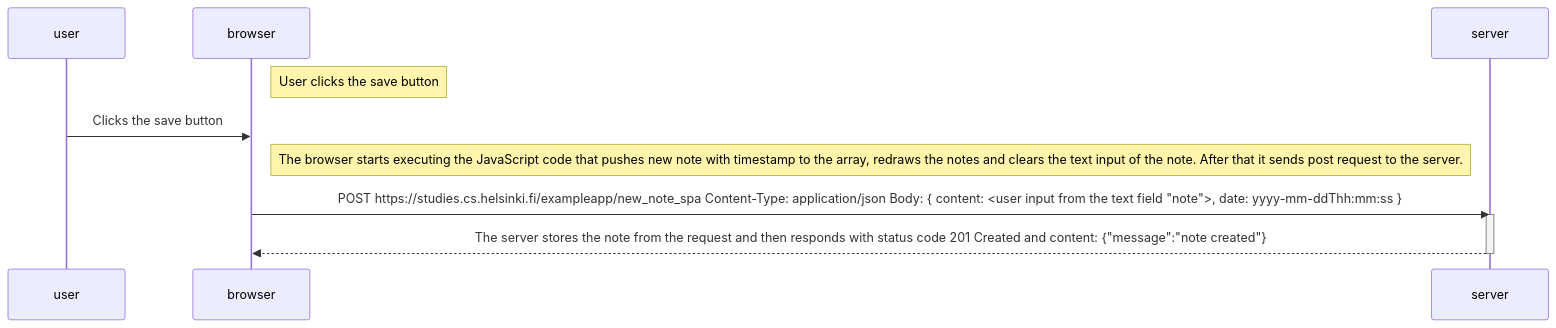
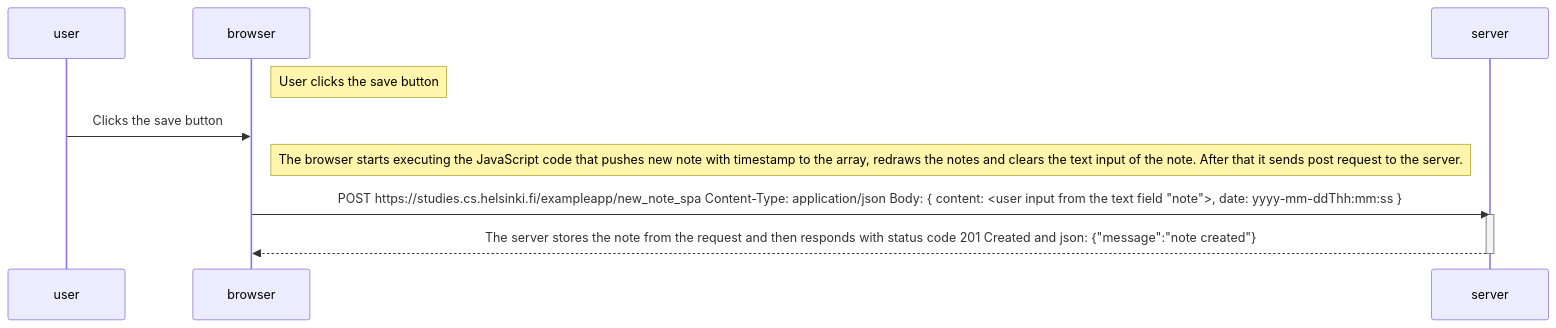
The third of 3 diagrams in part0/README.md (JuhKukko/fullstack-helsinki-university), drawn with Mermaid before and after one commit.

````diff
--- a/part0/README.md
+++ b/part0/README.md
@@ -74,17 +74,17 @@
 ```mermaid
 sequenceDiagram
     participant user
     participant browser
     participant server
 
     Note right of browser: User clicks the save button
     user->>browser: Clicks the save button
 
     Note right of browser: The browser starts executing the JavaScript code that pushes new note with timestamp to the array, redraws the notes and clears the text input of the note. After that it sends post request to the server.
 
     browser->>server: POST https://studies.cs.helsinki.fi/exampleapp/new_note_spa Content-Type: application/json Body:  { content: <user input from the text field "note">, date: yyyy-mm-ddThh:mm:ss }
 
     activate server
-    server-->>browser: The server stores the note from the request and then responds with status code 201 Created and content: {"message":"note created"}
+    server-->>browser: The server stores the note from the request and then responds with status code 201 Created and json: {"message":"note created"}
     deactivate server
 ```
````
